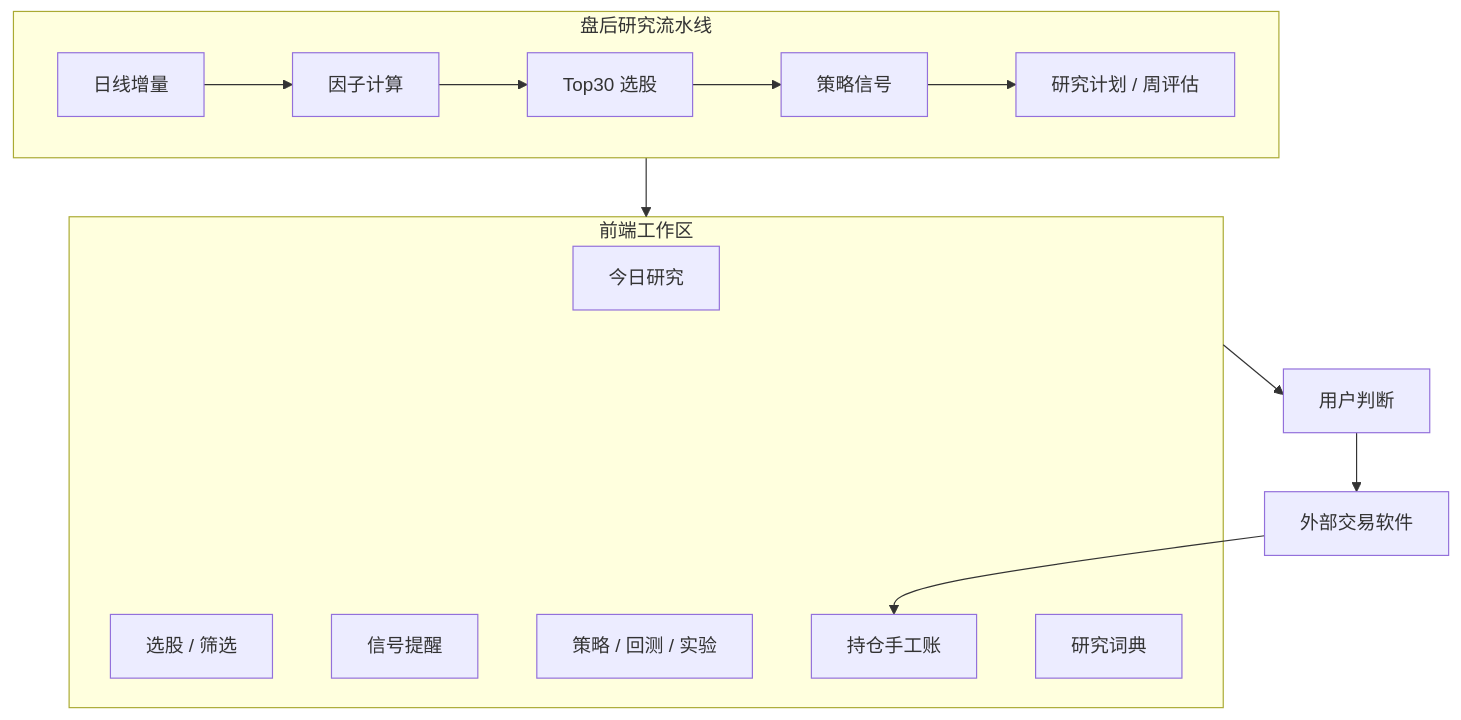
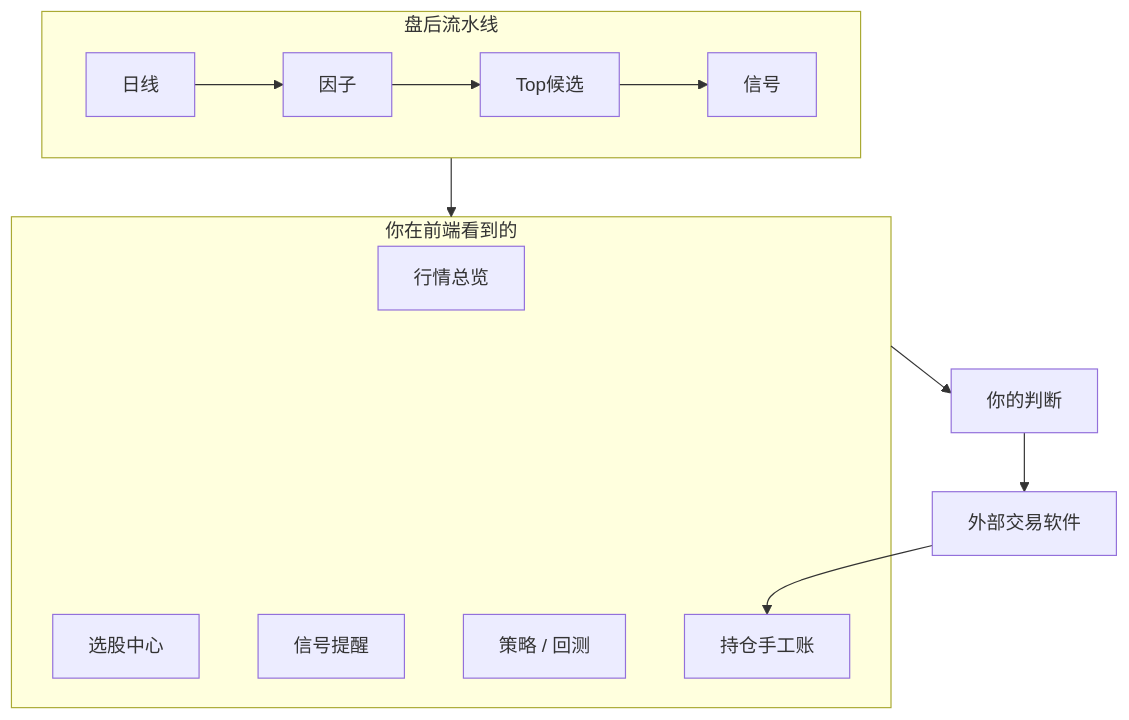
Before and after one commit to hankjs/trace: the third of 4 diagrams in quant/slidev/slides.md, drawn with Mermaid. The commit also changed other lines of this file and 1 other file, not shown here.

````diff
--- a/quant/slidev/slides.md
+++ b/quant/slidev/slides.md
@@ -436,21 +606,19 @@
 ```mermaid
 flowchart TB
-  subgraph evening [盘后研究流水线]
-    D1[日线增量] --> D2[因子计算]
-    D2 --> D3[Top30 选股]
-    D3 --> D4[策略信号]
-    D4 --> D5[研究计划 / 周评估]
+  subgraph evening [盘后流水线]
+    D1[日线] --> D2[因子]
+    D2 --> D3[Top候选]
+    D3 --> D4[信号]
   end
-  subgraph ui [前端工作区]
-    U1[今日研究]
-    U2[选股 / 筛选]
+  subgraph ui [你在前端看到的]
+    U1[行情总览]
+    U2[选股中心]
     U3[信号提醒]
-    U4[策略 / 回测 / 实验]
+    U4[策略 / 回测]
     U5[持仓手工账]
-    U6[研究词典]
   end
   evening --> ui
-  ui --> H[用户判断]
+  ui --> H[你的判断]
   H --> X[外部交易软件]
   X --> U5
 ```
````
